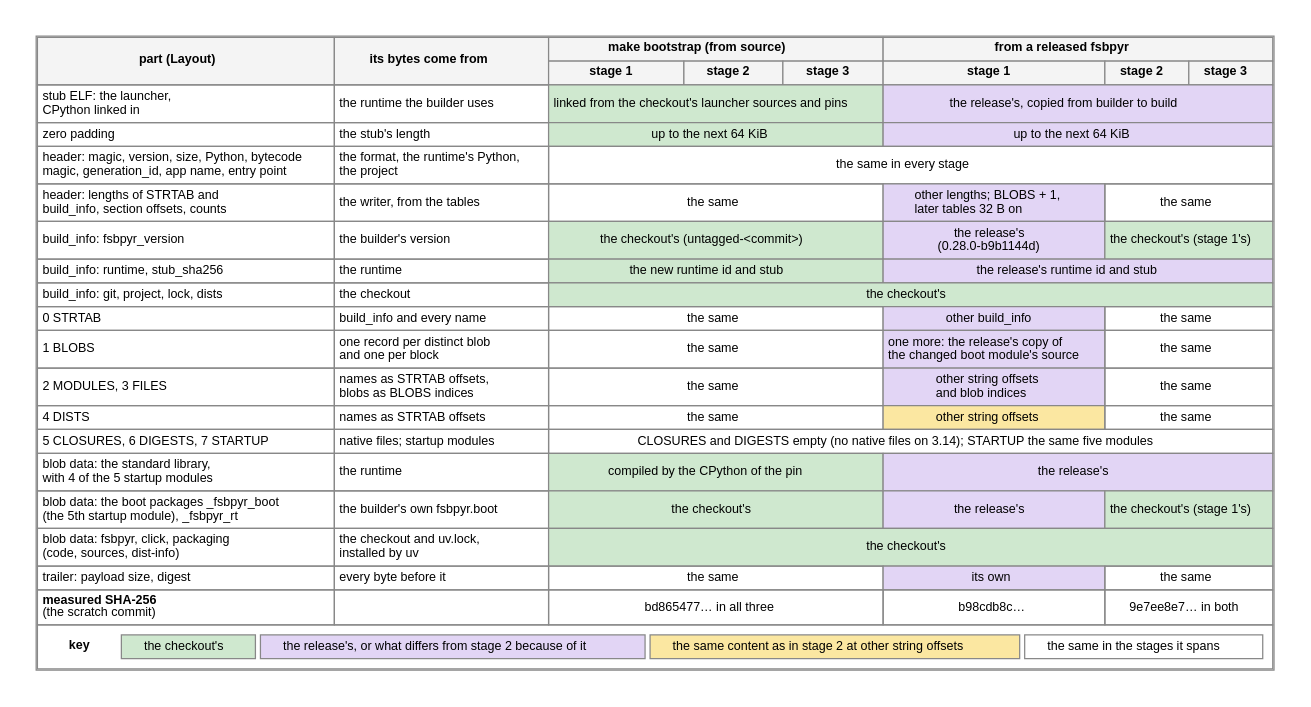
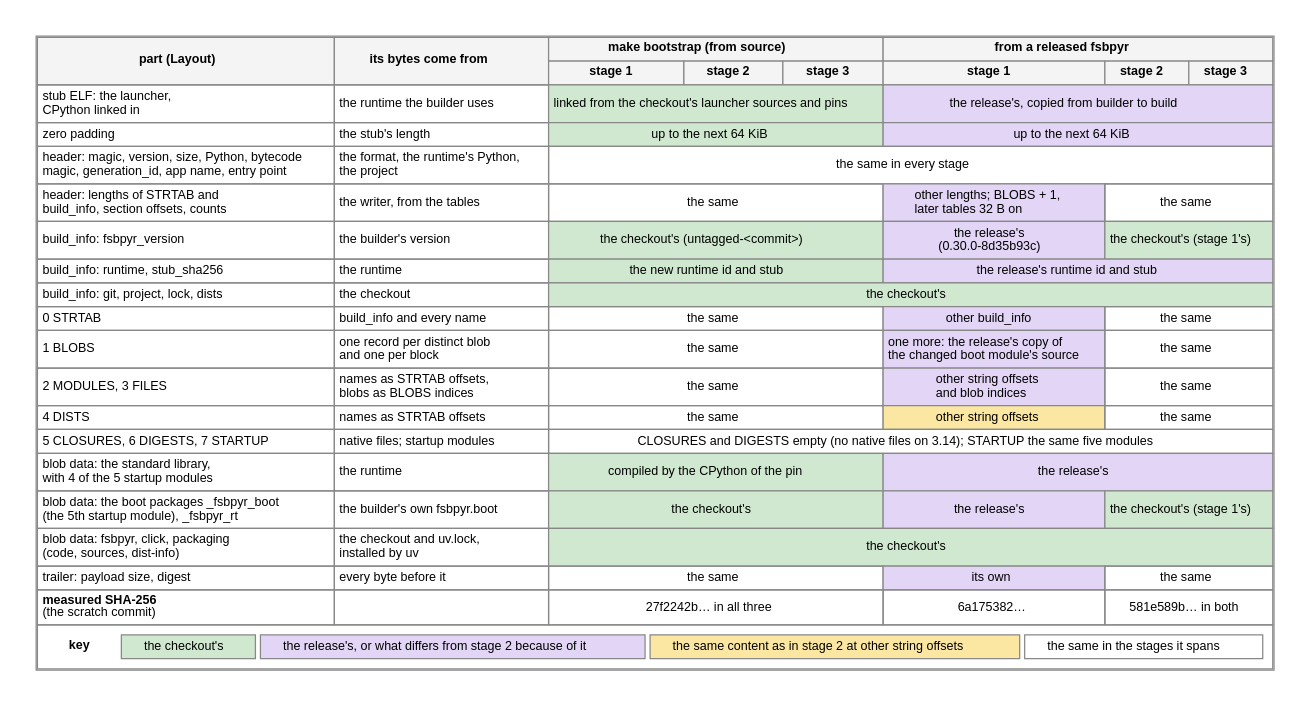
Before and after one commit to devitops-com/fsbpyr: the diagram in wiki/diagrams/self-hosting-layout.dot, drawn with Graphviz. The commit also changed 40 other files, not shown here.

```diff
--- a/wiki/diagrams/self-hosting-layout.dot
+++ b/wiki/diagrams/self-hosting-layout.dot
@@ -1,155 +1,155 @@
 // The parts of an fsbpyr executable (wiki/Dev-Executable-Format.md, Layout) in the three
 // stages of fsbpyr's self-hosting build (wiki/Dev-Self-Hosting.md): where each part's bytes
 // come from, from source (make bootstrap) and from a released fsbpyr whose launcher sources and
-// boot code differ from the checkout's. Measured on 2026-10-28 with the 0.28.0 release for
-// CPython 3.14 on x86-64 and a scratch commit on main that changed a boot module's docstring and
+// boot code differ from the checkout's. Measured on 2026-11-03 with the 0.30.0 release for
+// CPython 3.14 on x86-64 and a scratch commit on 976dd4f that changed a boot module's docstring and
 // added a comment line to launcher/main.c (every header field, table record and blob compared
 // with fsbpyr's payload reader).
 // Green: the checkout's. Purple: the release's, or what differs from stage 2 because of it.
 // Yellow: the same content as in stage 2 at other string offsets, because a string before it has
 // another length. White: the same in the stages it spans. The fills are stronger than the
 // wiki's node fills because the cells have no coloured borders; the last row is the key.
 // class="landscape": the PDF shows the figure on a landscape page of its own (wiki.lua); the
 // web page is not affected.
 digraph self_hosting_layout {
   graph [fontname="Helvetica" fontsize=11 bgcolor="white" pad=0.3 class="landscape"];
   node [fontname="Helvetica" fontsize=10 shape=plain];
 
   layout [label=<
 <TABLE BORDER="1" CELLBORDER="1" CELLSPACING="0" CELLPADDING="3" COLOR="#888888">
   <TR>
     <TD BGCOLOR="#f4f4f4" ROWSPAN="2"><B>part (Layout)</B></TD>
     <TD BGCOLOR="#f4f4f4" ROWSPAN="2"><B>its bytes come from</B></TD>
     <TD BGCOLOR="#f4f4f4" COLSPAN="3"><B>make bootstrap (from source)</B></TD>
     <TD BGCOLOR="#f4f4f4" COLSPAN="3"><B>from a released fsbpyr</B></TD>
   </TR>
   <TR>
     <TD BGCOLOR="#f4f4f4"><B>stage 1</B></TD>
     <TD BGCOLOR="#f4f4f4"><B>stage 2</B></TD>
     <TD BGCOLOR="#f4f4f4"><B>stage 3</B></TD>
     <TD BGCOLOR="#f4f4f4"><B>stage 1</B></TD>
     <TD BGCOLOR="#f4f4f4"><B>stage 2</B></TD>
     <TD BGCOLOR="#f4f4f4"><B>stage 3</B></TD>
   </TR>
   <TR>
     <TD ALIGN="LEFT" BALIGN="LEFT">stub ELF: the launcher,<BR/>CPython linked in</TD>
     <TD ALIGN="LEFT">the runtime the builder uses</TD>
     <TD COLSPAN="3" BGCOLOR="#cfe8cf">linked from the checkout's launcher sources and pins</TD>
     <TD COLSPAN="3" BGCOLOR="#e2d5f5">the release's, copied from builder to build</TD>
   </TR>
   <TR>
     <TD ALIGN="LEFT">zero padding</TD>
     <TD ALIGN="LEFT">the stub's length</TD>
     <TD COLSPAN="3" BGCOLOR="#cfe8cf">up to the next 64 KiB</TD>
     <TD COLSPAN="3" BGCOLOR="#e2d5f5">up to the next 64 KiB</TD>
   </TR>
   <TR>
     <TD ALIGN="LEFT" BALIGN="LEFT">header: magic, version, size, Python, bytecode<BR/>magic, generation_id, app name, entry point</TD>
     <TD ALIGN="LEFT" BALIGN="LEFT">the format, the runtime's Python,<BR/>the project</TD>
     <TD COLSPAN="6">the same in every stage</TD>
   </TR>
   <TR>
     <TD ALIGN="LEFT" BALIGN="LEFT">header: lengths of STRTAB and<BR/>build_info, section offsets, counts</TD>
     <TD ALIGN="LEFT" BALIGN="LEFT">the writer, from the tables</TD>
     <TD COLSPAN="3">the same</TD>
     <TD BGCOLOR="#e2d5f5" BALIGN="LEFT">other lengths; BLOBS + 1,<BR/>later tables 32 B on</TD>
     <TD COLSPAN="2">the same</TD>
   </TR>
   <TR>
     <TD ALIGN="LEFT" BALIGN="LEFT">build_info: fsbpyr_version</TD>
     <TD ALIGN="LEFT">the builder's version</TD>
     <TD COLSPAN="3" BGCOLOR="#cfe8cf">the checkout's (untagged-&lt;commit&gt;)</TD>
-    <TD BGCOLOR="#e2d5f5">the release's<BR/>(0.28.0-b9b1144d)</TD>
+    <TD BGCOLOR="#e2d5f5">the release's<BR/>(0.30.0-8d35b93c)</TD>
     <TD COLSPAN="2" BGCOLOR="#cfe8cf">the checkout's (stage 1's)</TD>
   </TR>
   <TR>
     <TD ALIGN="LEFT" BALIGN="LEFT">build_info: runtime, stub_sha256</TD>
     <TD ALIGN="LEFT">the runtime</TD>
     <TD COLSPAN="3" BGCOLOR="#cfe8cf">the new runtime id and stub</TD>
     <TD COLSPAN="3" BGCOLOR="#e2d5f5">the release's runtime id and stub</TD>
   </TR>
   <TR>
     <TD ALIGN="LEFT" BALIGN="LEFT">build_info: git, project, lock, dists</TD>
     <TD ALIGN="LEFT">the checkout</TD>
     <TD COLSPAN="6" BGCOLOR="#cfe8cf">the checkout's</TD>
   </TR>
   <TR>
     <TD ALIGN="LEFT">0 STRTAB</TD>
     <TD ALIGN="LEFT" BALIGN="LEFT">build_info and every name</TD>
     <TD COLSPAN="3">the same</TD>
     <TD BGCOLOR="#e2d5f5">other build_info</TD>
     <TD COLSPAN="2">the same</TD>
   </TR>
   <TR>
     <TD ALIGN="LEFT">1 BLOBS</TD>
     <TD ALIGN="LEFT" BALIGN="LEFT">one record per distinct blob<BR/>and one per block</TD>
     <TD COLSPAN="3">the same</TD>
     <TD BGCOLOR="#e2d5f5" BALIGN="LEFT">one more: the release's copy of<BR/>the changed boot module's source</TD>
     <TD COLSPAN="2">the same</TD>
   </TR>
   <TR>
     <TD ALIGN="LEFT" BALIGN="LEFT">2 MODULES, 3 FILES</TD>
     <TD ALIGN="LEFT" BALIGN="LEFT">names as STRTAB offsets,<BR/>blobs as BLOBS indices</TD>
     <TD COLSPAN="3">the same</TD>
     <TD BGCOLOR="#e2d5f5" BALIGN="LEFT">other string offsets<BR/>and blob indices</TD>
     <TD COLSPAN="2">the same</TD>
   </TR>
   <TR>
     <TD ALIGN="LEFT">4 DISTS</TD>
     <TD ALIGN="LEFT" BALIGN="LEFT">names as STRTAB offsets</TD>
     <TD COLSPAN="3">the same</TD>
     <TD BGCOLOR="#fbe7a1">other string offsets</TD>
     <TD COLSPAN="2">the same</TD>
   </TR>
   <TR>
     <TD ALIGN="LEFT" BALIGN="LEFT">5 CLOSURES, 6 DIGESTS, 7 STARTUP</TD>
     <TD ALIGN="LEFT" BALIGN="LEFT">native files; startup modules</TD>
     <TD COLSPAN="6">CLOSURES and DIGESTS empty (no native files on 3.14); STARTUP the same five modules</TD>
   </TR>
   <TR>
     <TD ALIGN="LEFT" BALIGN="LEFT">blob data: the standard library,<BR/>with 4 of the 5 startup modules</TD>
     <TD ALIGN="LEFT">the runtime</TD>
     <TD COLSPAN="3" BGCOLOR="#cfe8cf" BALIGN="LEFT">compiled by the CPython of the pin</TD>
     <TD COLSPAN="3" BGCOLOR="#e2d5f5">the release's</TD>
   </TR>
   <TR>
     <TD ALIGN="LEFT" BALIGN="LEFT">blob data: the boot packages _fsbpyr_boot<BR/>(the 5th startup module), _fsbpyr_rt</TD>
     <TD ALIGN="LEFT" BALIGN="LEFT">the builder's own fsbpyr.boot</TD>
     <TD COLSPAN="3" BGCOLOR="#cfe8cf">the checkout's</TD>
     <TD BGCOLOR="#e2d5f5">the release's</TD>
     <TD COLSPAN="2" BGCOLOR="#cfe8cf">the checkout's (stage 1's)</TD>
   </TR>
   <TR>
     <TD ALIGN="LEFT" BALIGN="LEFT">blob data: fsbpyr, click, packaging<BR/>(code, sources, dist-info)</TD>
     <TD ALIGN="LEFT" BALIGN="LEFT">the checkout and uv.lock,<BR/>installed by uv</TD>
     <TD COLSPAN="6" BGCOLOR="#cfe8cf">the checkout's</TD>
   </TR>
   <TR>
     <TD ALIGN="LEFT">trailer: payload size, digest</TD>
     <TD ALIGN="LEFT">every byte before it</TD>
     <TD COLSPAN="3">the same</TD>
     <TD BGCOLOR="#e2d5f5">its own</TD>
     <TD COLSPAN="2">the same</TD>
   </TR>
   <TR>
     <TD ALIGN="LEFT" BALIGN="LEFT"><B>measured SHA-256</B><BR/>(the scratch commit)</TD>
     <TD ALIGN="LEFT"></TD>
-    <TD COLSPAN="3">bd865477… in all three</TD>
-    <TD>b98cdb8c…</TD>
-    <TD COLSPAN="2">9e7ee8e7… in both</TD>
+    <TD COLSPAN="3">27f2242b… in all three</TD>
+    <TD>6a175382…</TD>
+    <TD COLSPAN="2">581e589b… in both</TD>
   </TR>
   <TR>
     <TD COLSPAN="8" ALIGN="LEFT">
       <TABLE BORDER="0" CELLBORDER="1" CELLSPACING="4" CELLPADDING="3" COLOR="#888888">
         <TR>
           <TD BORDER="0"><B>key</B></TD>
           <TD BGCOLOR="#cfe8cf">the checkout's</TD>
           <TD BGCOLOR="#e2d5f5">the release's, or what differs from stage 2 because of it</TD>
           <TD BGCOLOR="#fbe7a1">the same content as in stage 2 at other string offsets</TD>
           <TD>the same in the stages it spans</TD>
         </TR>
       </TABLE>
     </TD>
   </TR>
 </TABLE>>];
 }
```
